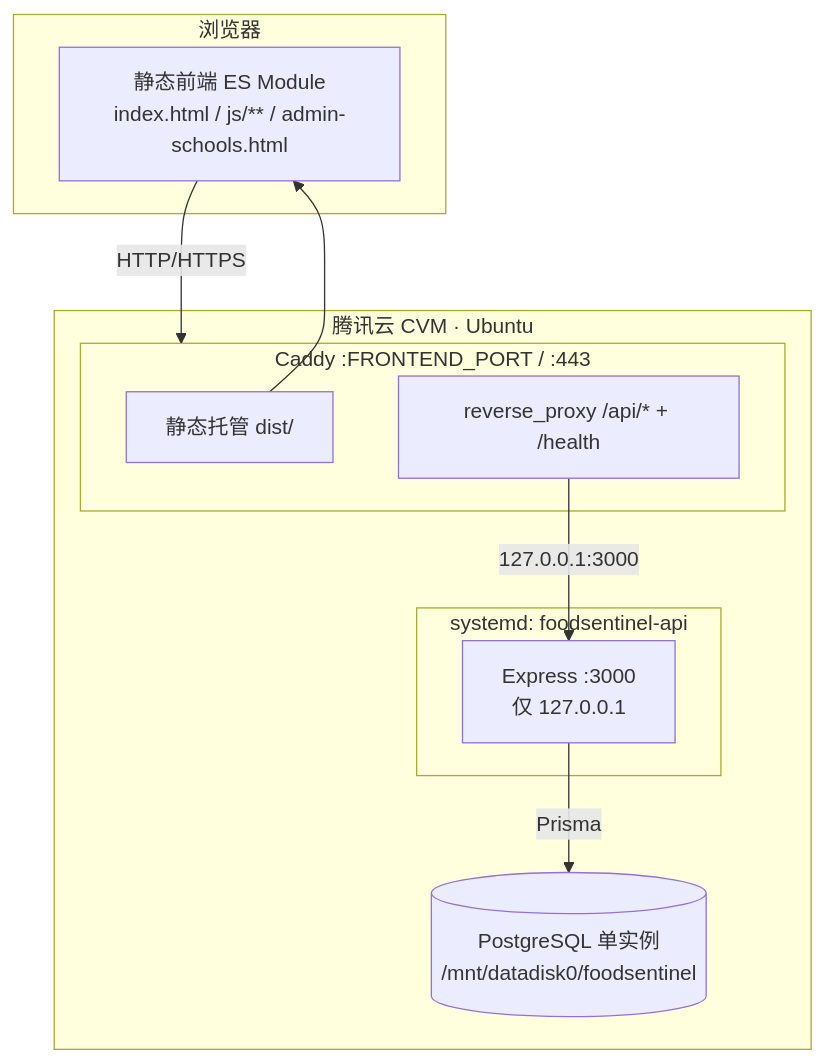
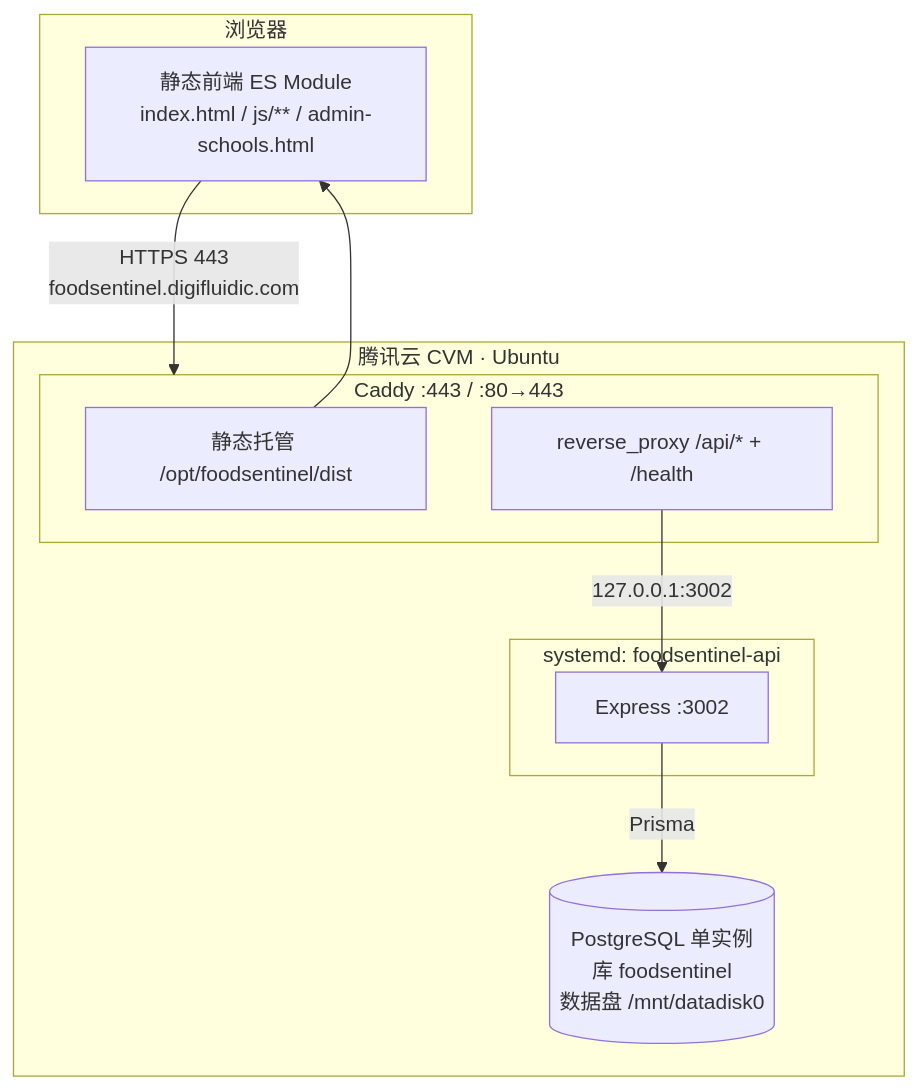
One commit to ArthurUker/Tianjiabing_foodtestlab changed the first of 5 diagrams in README.md. Above: the diagram before and after it, drawn with Mermaid. The commit also changed other lines of this file and 3 other files, not shown here.

````diff
--- a/README.md
+++ b/README.md
@@ -95,22 +144,22 @@
 ```mermaid
 flowchart TB
     subgraph Client[浏览器]
         UI[静态前端 ES Module<br/>index.html / js/** / admin-schools.html]
     end
 
     subgraph CVM[腾讯云 CVM · Ubuntu]
-        subgraph Caddy[Caddy :FRONTEND_PORT / :443]
-            Static[静态托管 dist/]
+        subgraph Caddy[Caddy :443 / :80→443]
+            Static[静态托管 /opt/foodsentinel/dist]
             Proxy[reverse_proxy /api/* + /health]
         end
         subgraph Node[systemd: foodsentinel-api]
-            API[Express :3000<br/>仅 127.0.0.1]
+            API[Express :3002]
         end
-        DB[(PostgreSQL 单实例<br/>/mnt/datadisk0/foodsentinel)]
+        DB[(PostgreSQL 单实例<br/>库 foodsentinel<br/>数据盘 /mnt/datadisk0)]
     end
 
-    UI -->|HTTP/HTTPS| Caddy
+    UI -->|HTTPS 443<br/>foodsentinel.digifluidic.com| Caddy
     Static --> UI
-    Proxy -->|127.0.0.1:3000| API
+    Proxy -->|127.0.0.1:3002| API
     API -->|Prisma| DB
 ```
````
